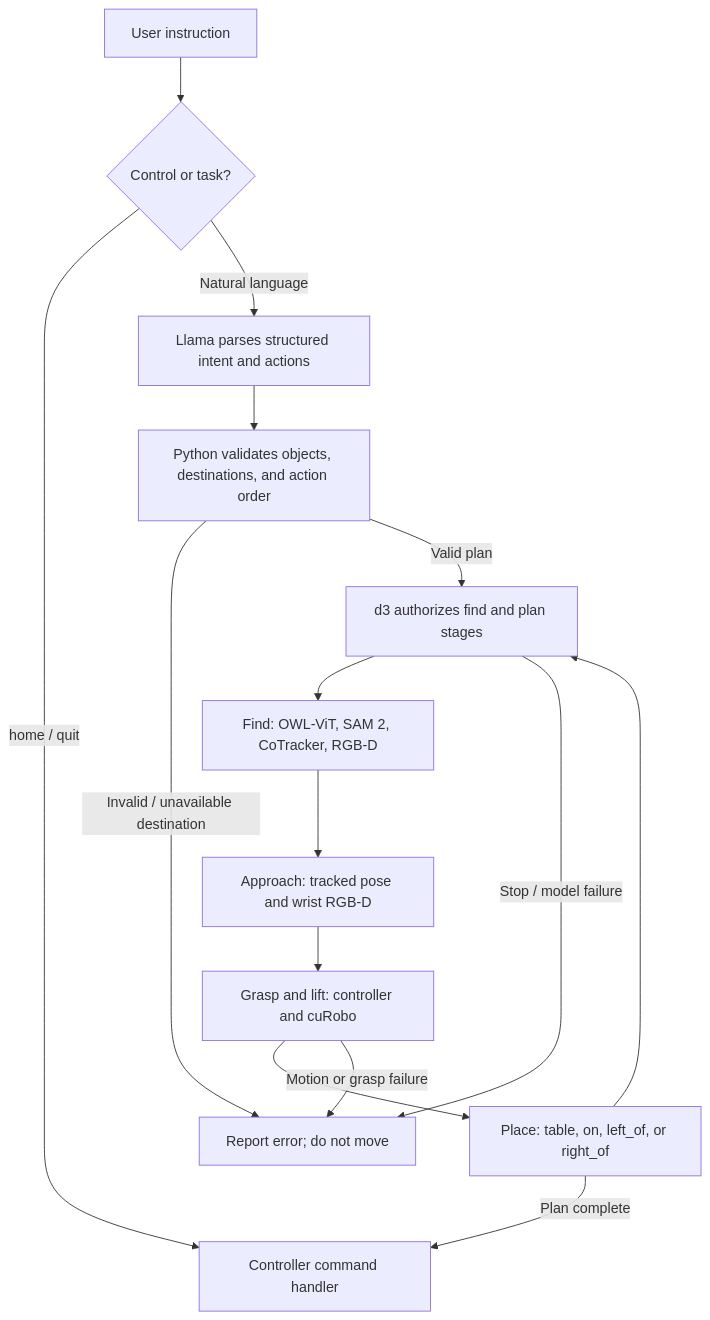
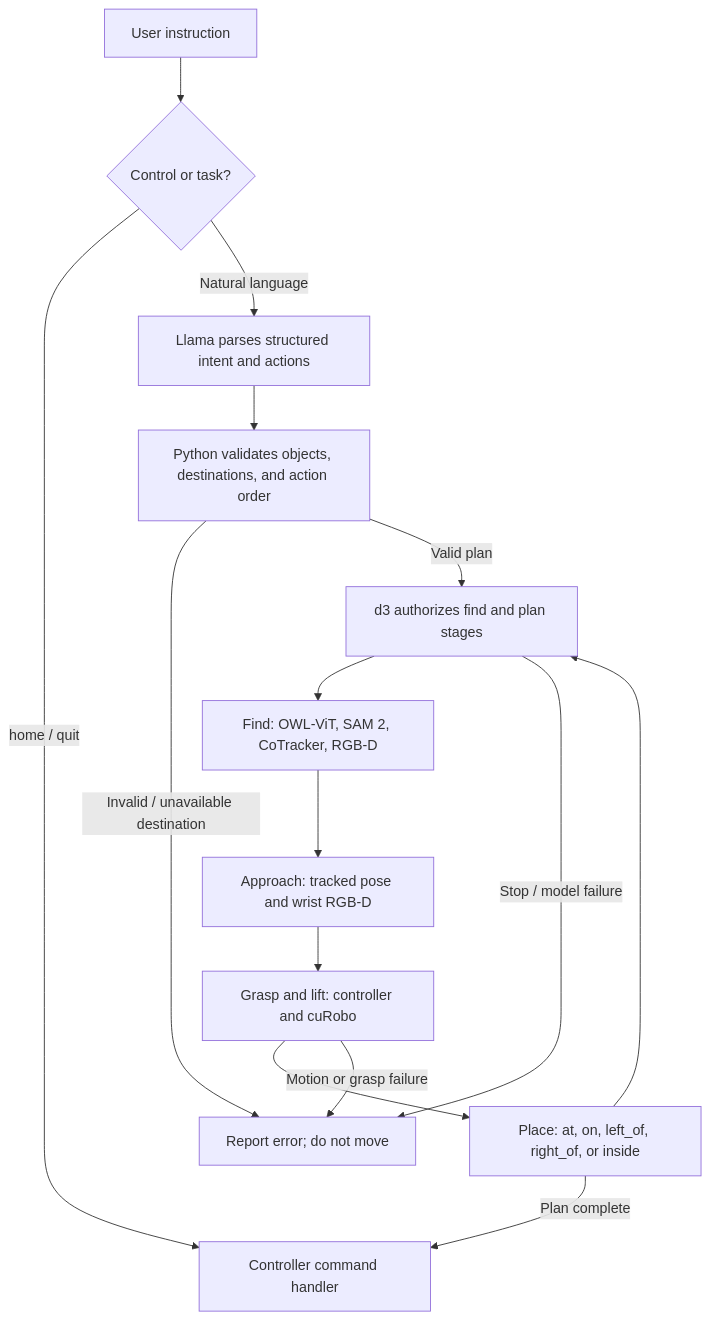
The diagram in README.md (khuzema-h/pseudo_vla), drawn with Mermaid before and after one commit. The commit also changed other lines of this file and 7 other files, not shown here.

````diff
--- a/README.md
+++ b/README.md
@@ -29,17 +30,17 @@
 ```mermaid
 flowchart TD
     U[User instruction] --> C{Control or task?}
     C -->|home / quit| R[Controller command handler]
     C -->|Natural language| L[Llama parses structured intent and actions]
     L --> V[Python validates objects, destinations, and action order]
     V -->|Invalid / unavailable destination| E[Report error; do not move]
     V -->|Valid plan| D[d3 authorizes find and plan stages]
     D --> F[Find: OWL-ViT, SAM 2, CoTracker, RGB-D]
     F --> A[Approach: tracked pose and wrist RGB-D]
     A --> G[Grasp and lift: controller and cuRobo]
-    G --> P[Place: table, on, left_of, or right_of]
+    G --> P[Place: at, on, left_of, right_of, or inside]
     P --> D
     G -->|Motion or grasp failure| E
     D -->|Stop / model failure| E
     P -->|Plan complete| R
 ```
````
